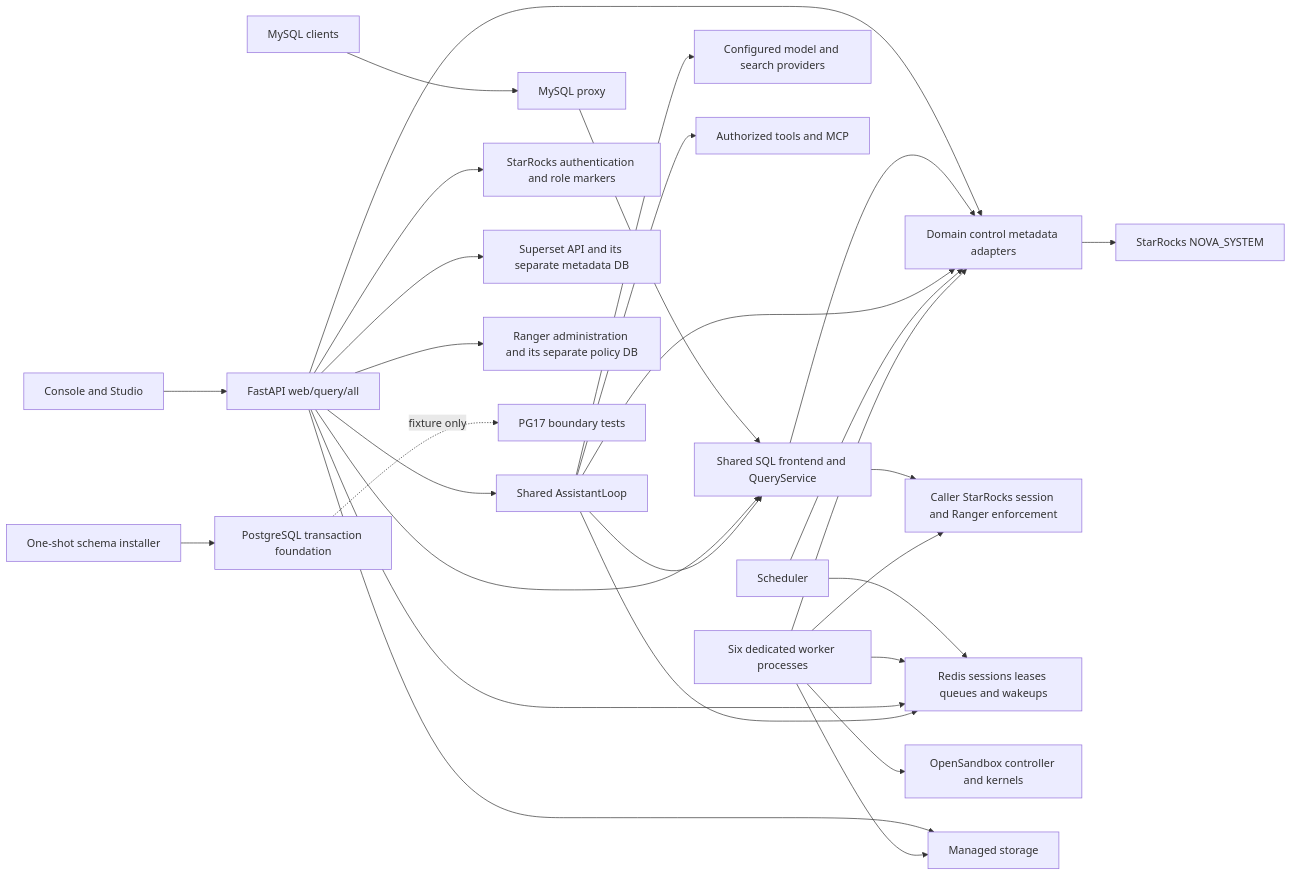
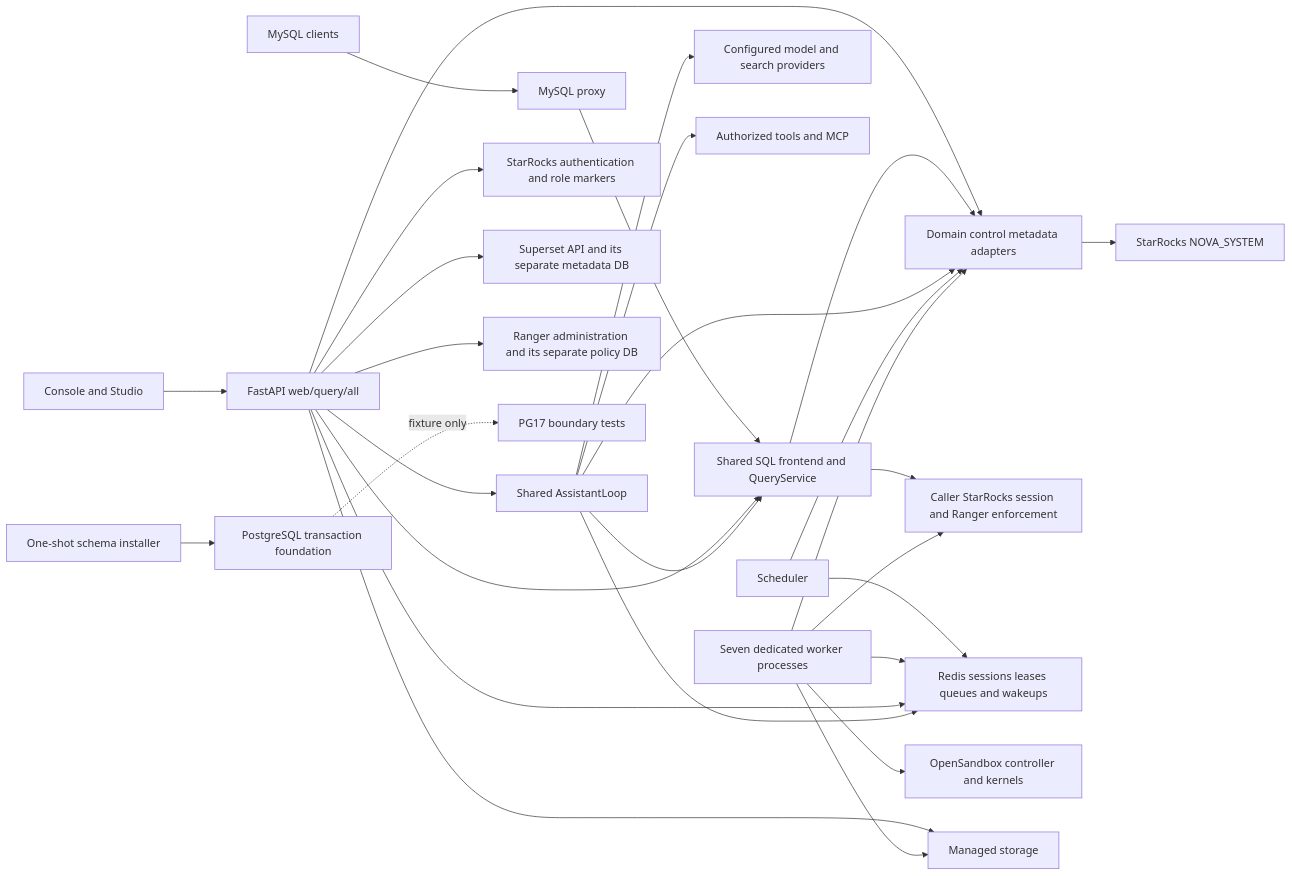
One commit to dwickyfp/nova changed the diagram in docs/architecture/production-refactor/DEPENDENCIES.md. Above: the diagram before and after it, drawn with Mermaid. The commit also changed other lines of this file and 30 other files, not shown here.

````diff
--- a/docs/architecture/production-refactor/DEPENDENCIES.md
+++ b/docs/architecture/production-refactor/DEPENDENCIES.md
@@ -8,31 +8,31 @@
 ```mermaid
 flowchart LR
     UI[Console and Studio] --> API[FastAPI web/query/all]
     MYSQL[MySQL clients] --> PROXY[MySQL proxy]
     PROXY --> SQL[Shared SQL frontend and QueryService]
     API --> SQL
     API --> LOOP[Shared AssistantLoop]
     API --> CP[Domain control metadata adapters]
     SQL --> CP
     LOOP --> CP
     LOOP --> SQL
     LOOP --> PROVIDER[Configured model and search providers]
     LOOP --> TOOLS[Authorized tools and MCP]
     CP --> META[StarRocks NOVA_SYSTEM]
     API --> AUTH[StarRocks authentication and role markers]
     SQL --> DATA[Caller StarRocks session and Ranger enforcement]
     SCHED[Scheduler] --> CP
     SCHED --> REDIS[Redis sessions leases queues and wakeups]
-    WORKER[Six dedicated worker processes] --> CP
+    WORKER[Seven dedicated worker processes] --> CP
     WORKER --> REDIS
     WORKER --> DATA
     WORKER --> SANDBOX[OpenSandbox controller and kernels]
     API --> REDIS
     LOOP --> REDIS
     API --> OBJECTS[Managed storage]
     WORKER --> OBJECTS
     API --> SUPERSET[Superset API and its separate metadata DB]
     API --> RANGER[Ranger administration and its separate policy DB]
     PG[PostgreSQL transaction foundation] -. fixture only .-> TESTS[PG17 boundary tests]
     MIGRATOR[One-shot schema installer] --> PG
 ```
````
